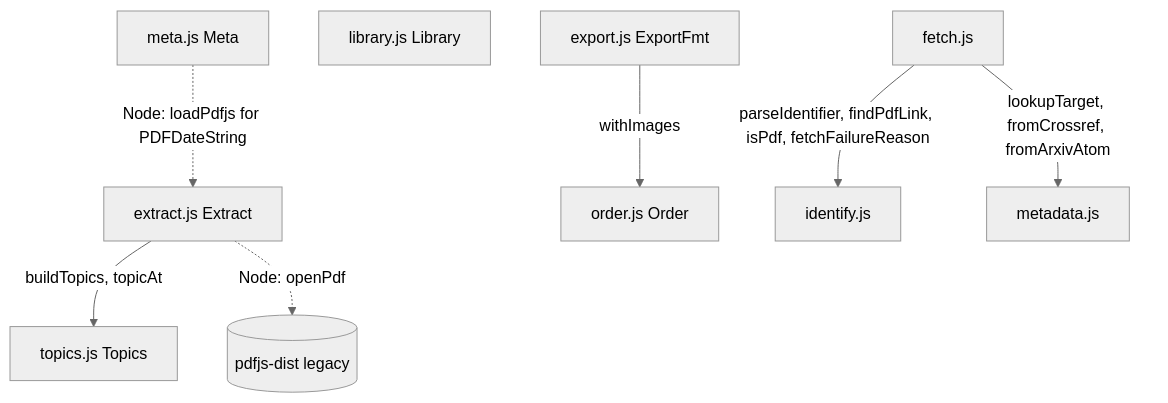
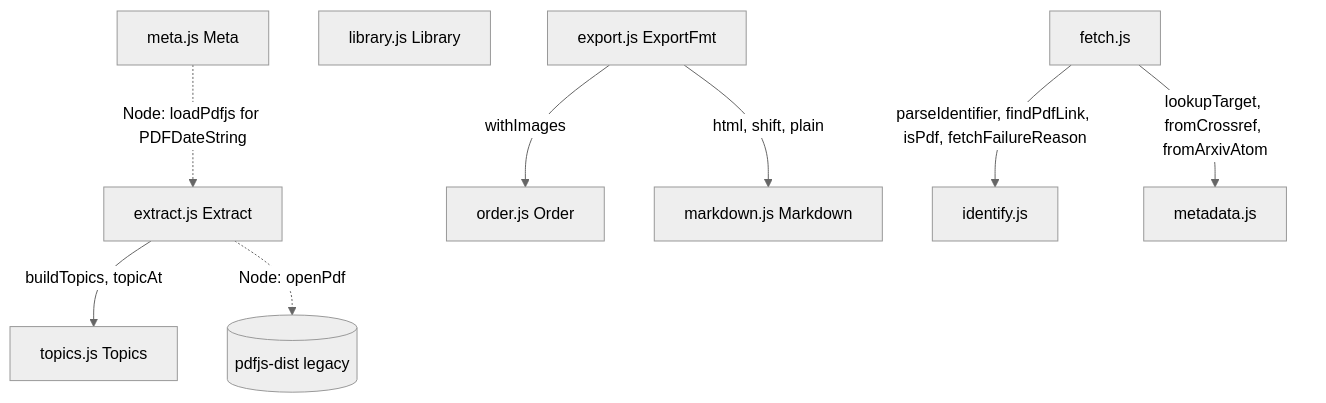
One commit to Lefarious/Faelights changed the diagram in docs/atlas/modules/core.md. Above: the diagram before and after it, drawn with Mermaid (neutral theme). The commit also changed other lines of this file and 7 other files, not shown here.

````diff
--- a/docs/atlas/modules/core.md
+++ b/docs/atlas/modules/core.md
@@ -39,10 +40,11 @@
 ```mermaid
 graph TD
   extract[extract.js Extract] -->|buildTopics, topicAt| topics[topics.js Topics]
   export[export.js ExportFmt] -->|withImages| order[order.js Order]
+  export -->|html, shift, plain| markdown[markdown.js Markdown]
   library[library.js Library]
   meta[meta.js Meta] -.->|Node: loadPdfjs for PDFDateString| extract
   extract -.->|Node: openPdf| pdfjs[(pdfjs-dist legacy)]
   fetch[fetch.js] -->|parseIdentifier, findPdfLink, isPdf, fetchFailureReason| identify[identify.js]
   fetch -->|lookupTarget, fromCrossref, fromArxivAtom| metadata[metadata.js]
 ```
````
